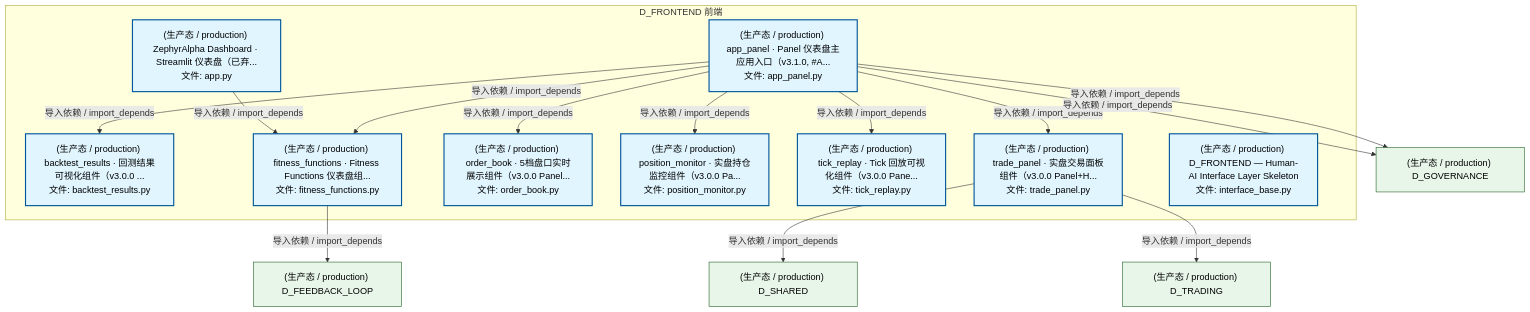
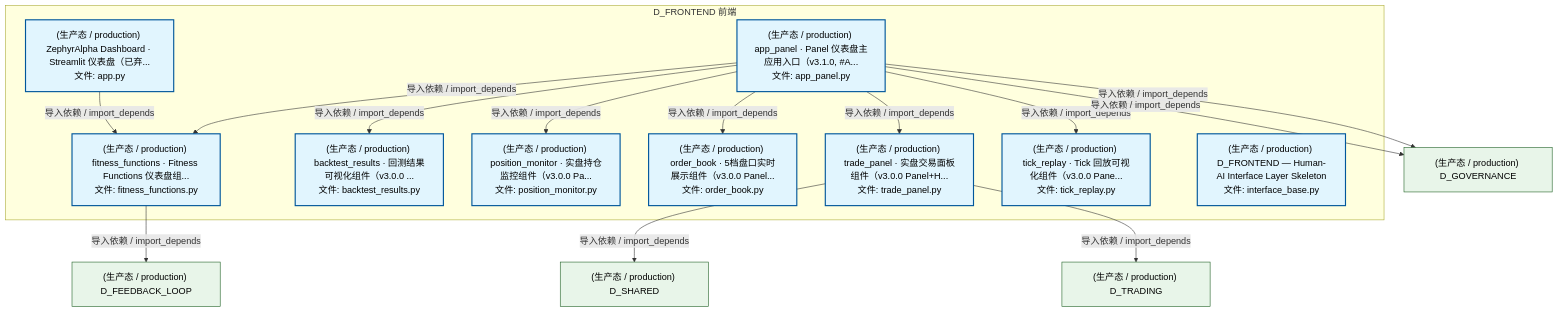
Before and after one commit to xuanFelixVan/ZephyrAlpha: the second of 5 diagrams in docs/02_enterprise_architecture/02_domain_architecture_docs/15_d_frontend.md, drawn with Mermaid. The commit also changed other lines of this file and 100 other files, not shown here.

````diff
--- a/docs/02_enterprise_architecture/02_domain_architecture_docs/15_d_frontend.md
+++ b/docs/02_enterprise_architecture/02_domain_architecture_docs/15_d_frontend.md
@@ -165,36 +165,36 @@
 ```mermaid
 graph TD
     subgraph D_FRONTEND["D_FRONTEND 前端"]
         src_zephyr_frontend_dashboard_app_py["(生产态 / production) ZephyrAlpha Dashboard · Streamlit 仪表盘（已弃...<br/>文件: app.py"]
         src_zephyr_frontend_dashboard_app_panel_py["(生产态 / production) app_panel · Panel 仪表盘主应用入口（v3.1.0, #A...<br/>文件: app_panel.py"]
         src_zephyr_frontend_dashboard_components_backtest_results_py["(生产态 / production) backtest_results · 回测结果可视化组件（v3.0.0 ...<br/>文件: backtest_results.py"]
         src_zephyr_frontend_dashboard_components_fitness_functions_py["(生产态 / production) fitness_functions · Fitness Functions 仪表盘组...<br/>文件: fitness_functions.py"]
         src_zephyr_frontend_dashboard_components_order_book_py["(生产态 / production) order_book · 5档盘口实时展示组件（v3.0.0 Panel...<br/>文件: order_book.py"]
         src_zephyr_frontend_dashboard_components_position_monitor_py["(生产态 / production) position_monitor · 实盘持仓监控组件（v3.0.0 Pa...<br/>文件: position_monitor.py"]
         src_zephyr_frontend_dashboard_components_tick_replay_py["(生产态 / production) tick_replay · Tick 回放可视化组件（v3.0.0 Pane...<br/>文件: tick_replay.py"]
         src_zephyr_frontend_dashboard_components_trade_panel_py["(生产态 / production) trade_panel · 实盘交易面板组件（v3.0.0 Panel+H...<br/>文件: trade_panel.py"]
         src_zephyr_frontend_interface_base_py["(生产态 / production) D_FRONTEND — Human-AI Interface Layer Skeleton<br/>文件: interface_base.py"]
     end
     src_zephyr_frontend_dashboard_app_py -->|导入依赖 / import_depends| src_zephyr_frontend_dashboard_components_fitness_functions_py
+    src_zephyr_frontend_dashboard_app_panel_py -->|导入依赖 / import_depends| src_zephyr_frontend_dashboard_components_fitness_functions_py
     src_zephyr_frontend_dashboard_app_panel_py -->|导入依赖 / import_depends| src_zephyr_frontend_dashboard_components_backtest_results_py
-    src_zephyr_frontend_dashboard_app_panel_py -->|导入依赖 / import_depends| src_zephyr_frontend_dashboard_components_fitness_functions_py
+    src_zephyr_frontend_dashboard_app_panel_py -->|导入依赖 / import_depends| src_zephyr_frontend_dashboard_components_position_monitor_py
+    src_zephyr_frontend_dashboard_app_panel_py -->|导入依赖 / import_depends| src_zephyr_frontend_dashboard_components_order_book_py
     src_zephyr_frontend_dashboard_app_panel_py -->|导入依赖 / import_depends| src_zephyr_frontend_dashboard_components_trade_panel_py
     src_zephyr_frontend_dashboard_app_panel_py -->|导入依赖 / import_depends| src_zephyr_frontend_dashboard_components_tick_replay_py
-    src_zephyr_frontend_dashboard_app_panel_py -->|导入依赖 / import_depends| src_zephyr_frontend_dashboard_components_order_book_py
-    src_zephyr_frontend_dashboard_app_panel_py -->|导入依赖 / import_depends| src_zephyr_frontend_dashboard_components_position_monitor_py
     D_GOVERNANCE["(生产态 / production) D_GOVERNANCE"]
     src_zephyr_frontend_dashboard_app_panel_py -->|导入依赖 / import_depends| D_GOVERNANCE
     D_FEEDBACK_LOOP["(生产态 / production) D_FEEDBACK_LOOP"]
     src_zephyr_frontend_dashboard_components_fitness_functions_py -->|导入依赖 / import_depends| D_FEEDBACK_LOOP
     D_SHARED["(生产态 / production) D_SHARED"]
     src_zephyr_frontend_dashboard_components_trade_panel_py -->|导入依赖 / import_depends| D_SHARED
     src_zephyr_frontend_dashboard_app_panel_py -->|导入依赖 / import_depends| D_GOVERNANCE
     D_TRADING["(生产态 / production) D_TRADING"]
     src_zephyr_frontend_dashboard_components_trade_panel_py -->|导入依赖 / import_depends| D_TRADING
     classDef production fill:#e1f5fe,stroke:#01579b,stroke-width:2px,color:#000
     classDef design fill:#fff3e0,stroke:#e65100,stroke-width:2px,color:#000,stroke-dasharray: 5 5
     classDef external_prod fill:#e8f5e9,stroke:#1b5e20,stroke-width:1px,color:#000
     classDef external_design fill:#fce4ec,stroke:#880e4f,stroke-width:1px,color:#000,stroke-dasharray: 5 5
     class src_zephyr_frontend_dashboard_app_py,src_zephyr_frontend_dashboard_app_panel_py,src_zephyr_frontend_dashboard_components_backtest_results_py,src_zephyr_frontend_dashboard_components_fitness_functions_py,src_zephyr_frontend_dashboard_components_order_book_py,src_zephyr_frontend_dashboard_components_position_monitor_py,src_zephyr_frontend_dashboard_components_tick_replay_py,src_zephyr_frontend_dashboard_components_trade_panel_py,src_zephyr_frontend_interface_base_py production
     class D_GOVERNANCE,D_FEEDBACK_LOOP,D_SHARED,D_TRADING external_prod
 ```
````
